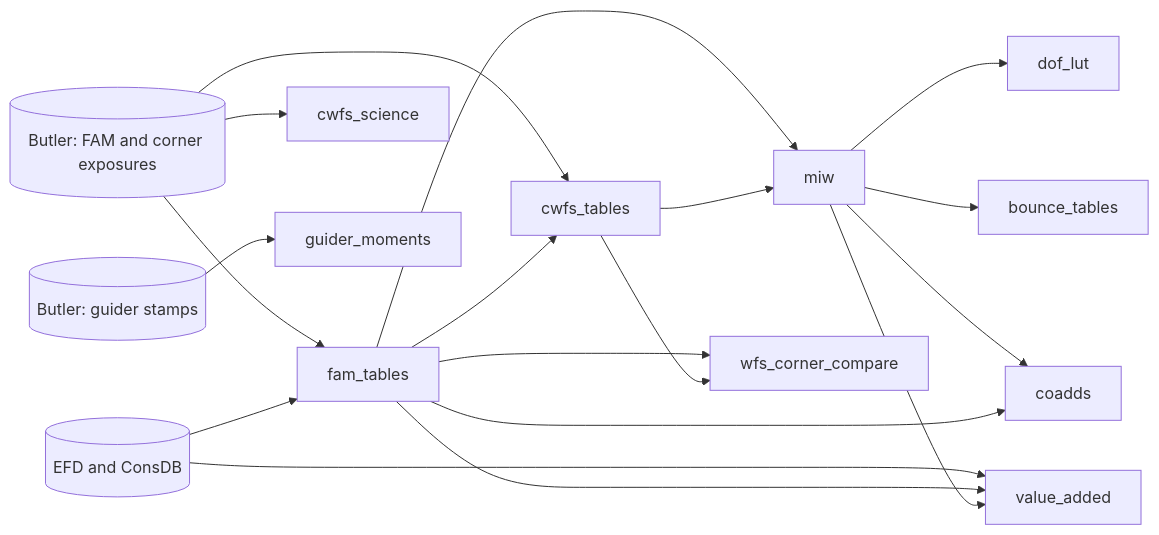
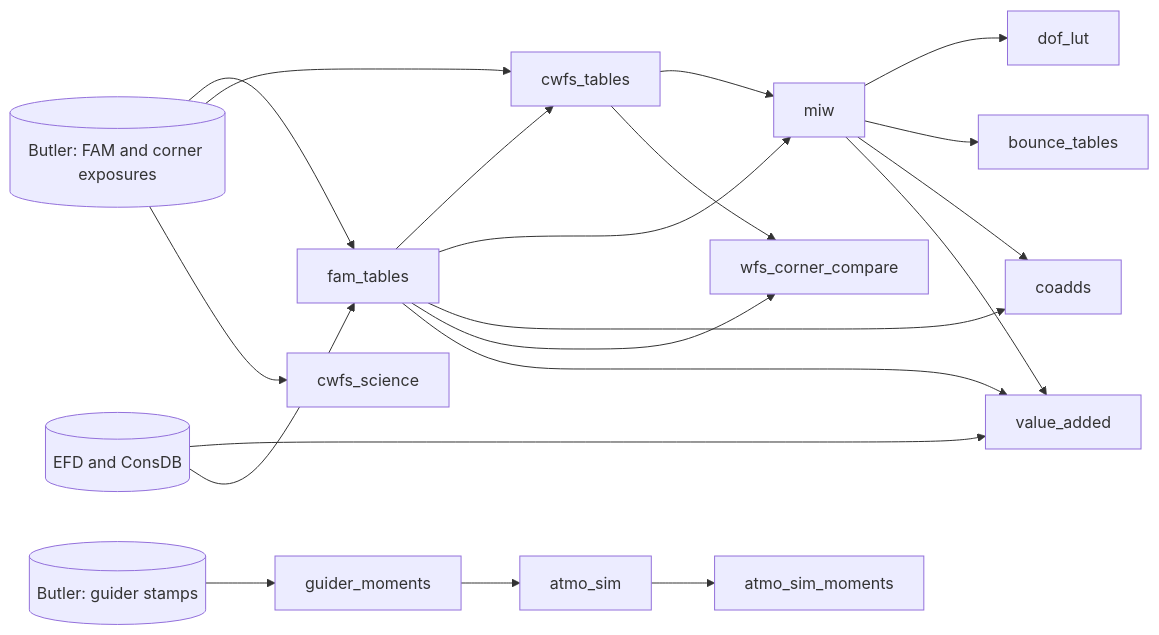
Before and after one commit to aaronroodman/rubin-work: the diagram in rubinwork/products/README.md, drawn with Mermaid. The commit also changed other lines of this file and 18 other files, not shown here.

First line of the commit message:
atmo_sim, atmo_sim_moments products; guider_atmo_sim 688 rerun

````diff
--- a/rubinwork/products/README.md
+++ b/rubinwork/products/README.md
@@ -25,20 +25,22 @@
 ```mermaid
 flowchart LR
     butler[(Butler: FAM and corner exposures)] --> fam_tables
     butler --> cwfs_tables
     fam_tables --> cwfs_tables
     fam_tables --> miw
     cwfs_tables --> miw
     miw --> dof_lut
     miw --> bounce_tables
     miw --> coadds
     fam_tables --> coadds
     fam_tables --> wfs_corner_compare
     cwfs_tables --> wfs_corner_compare
     efd[(EFD and ConsDB)] --> value_added
     fam_tables --> value_added
     miw --> value_added
     efd --> fam_tables
     butler --> cwfs_science
     guider[(Butler: guider stamps)] --> guider_moments
+    guider_moments --> atmo_sim
+    atmo_sim --> atmo_sim_moments
 ```
````
